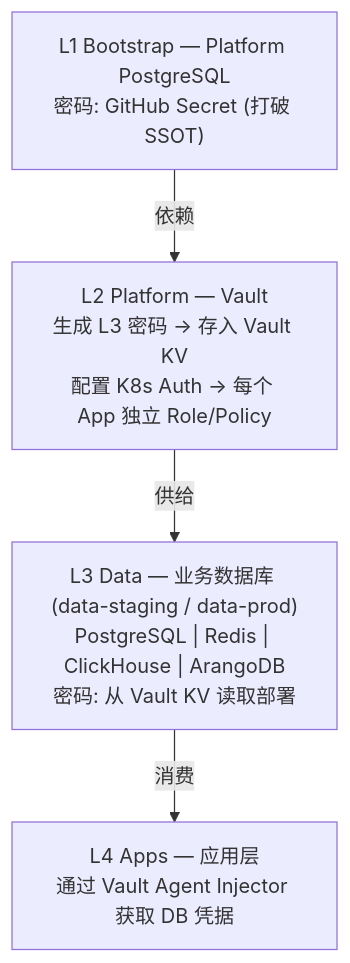
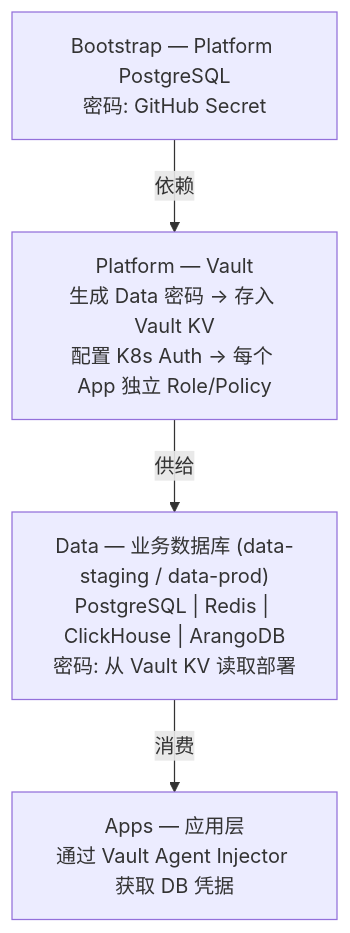
The second of 2 diagrams in docs/ssot/db.overview.md (wangzitian0/infra), drawn with Mermaid before and after one commit. The commit also changed other lines of this file and 43 other files, not shown here.

Commit message:
chore: complete architectural renaming (remove L1/L2/L3 references) (#362)

````diff
--- a/docs/ssot/db.overview.md
+++ b/docs/ssot/db.overview.md
@@ -122,11 +122,11 @@
 ```mermaid
 flowchart TB
-    L1["L1 Bootstrap — Platform PostgreSQL<br/>密码: GitHub Secret (打破 SSOT)"]
-    L2["L2 Platform — Vault<br/>生成 L3 密码 → 存入 Vault KV<br/>配置 K8s Auth → 每个 App 独立 Role/Policy"]
-    L3["L3 Data — 业务数据库 (data-staging / data-prod)<br/>PostgreSQL | Redis | ClickHouse | ArangoDB<br/>密码: 从 Vault KV 读取部署"]
-    L4["L4 Apps — 应用层<br/>通过 Vault Agent Injector 获取 DB 凭据"]
+    B["Bootstrap — Platform PostgreSQL<br/>密码: GitHub Secret"]
+    P["Platform — Vault<br/>生成 Data 密码 → 存入 Vault KV<br/>配置 K8s Auth → 每个 App 独立 Role/Policy"]
+    D["Data — 业务数据库 (data-staging / data-prod)<br/>PostgreSQL | Redis | ClickHouse | ArangoDB<br/>密码: 从 Vault KV 读取部署"]
+    A["Apps — 应用层<br/>通过 Vault Agent Injector 获取 DB 凭据"]
 
-    L1 -->|依赖| L2
-    L2 -->|供给| L3
-    L3 -->|消费| L4
+    B -->|依赖| P
+    P -->|供给| D
+    D -->|消费| A
 ```
````
